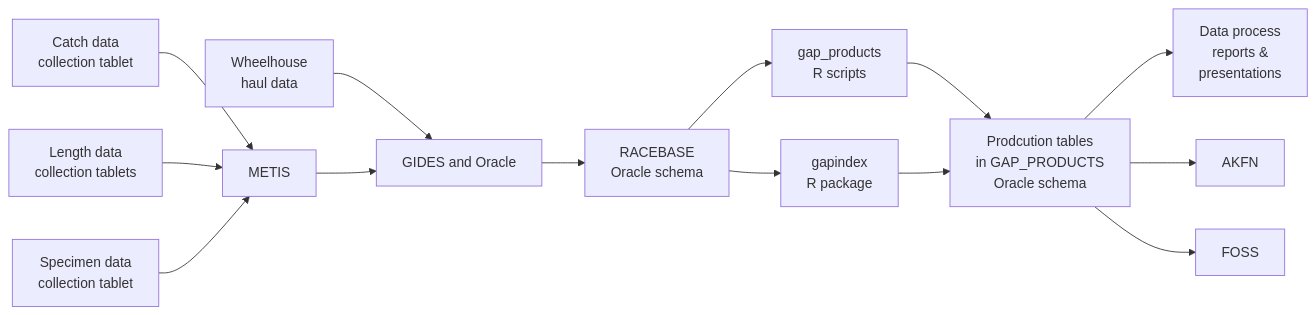
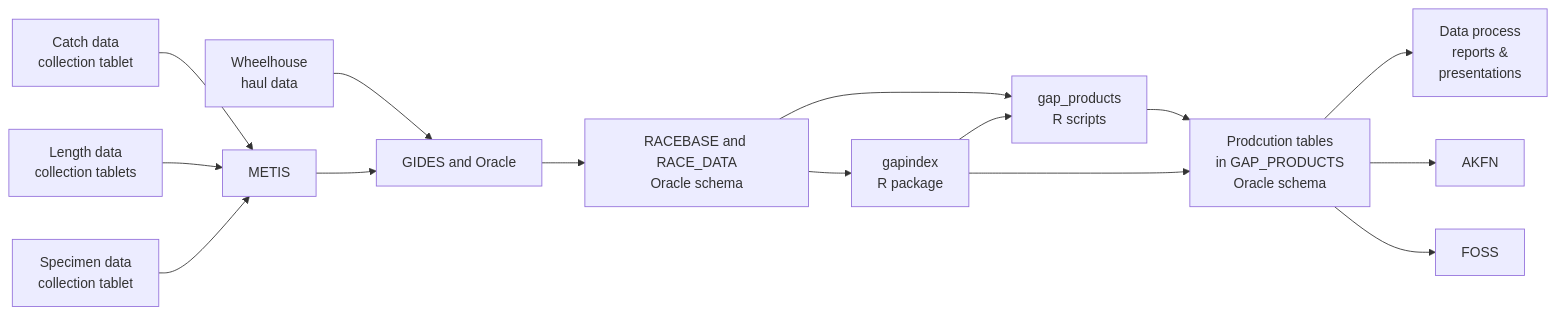
One commit to afsc-gap-products/gap_products changed the diagram in content/intro-workflow.qmd. Above: the diagram before and after it, drawn with Mermaid. The commit also changed 17 other files, not shown here.

Commit message:
reran docs and small edits to workflow diagram

````diff
--- a/content/intro-workflow.qmd
+++ b/content/intro-workflow.qmd
@@ -11,19 +11,21 @@
 ```{mermaid}
 %%| label: fig-workflow
-%%| fig-cap: "Data workflow from boat to production."
+%%| fig-cap: "Simplified data workflow from boat to production."
 
 flowchart LR
   A[Catch data\ncollection tablet] --> B[METIS]
   A1[Length data\ncollection tablets] --> B
   A2[Specimen data\ncollection tablet] --> B
   A3[Wheelhouse\nhaul data] --> C[GIDES and Oracle]
   B --> C
-  C --> D[RACEBASE\nOracle schema]
+  C --> D[RACEBASE and RACE_DATA\nOracle schema]
   D --> E[gapindex\nR package]
   D --> F[gap_products\nR scripts]
+  E --> F
   F --> G[Prodcution tables\nin GAP_PRODUCTS\nOracle schema]
   E --> G
   G --> H[Data process\nreports &\npresentations]
   G --> I[AKFN]
   G --> J[FOSS]
+  
 ```
````
